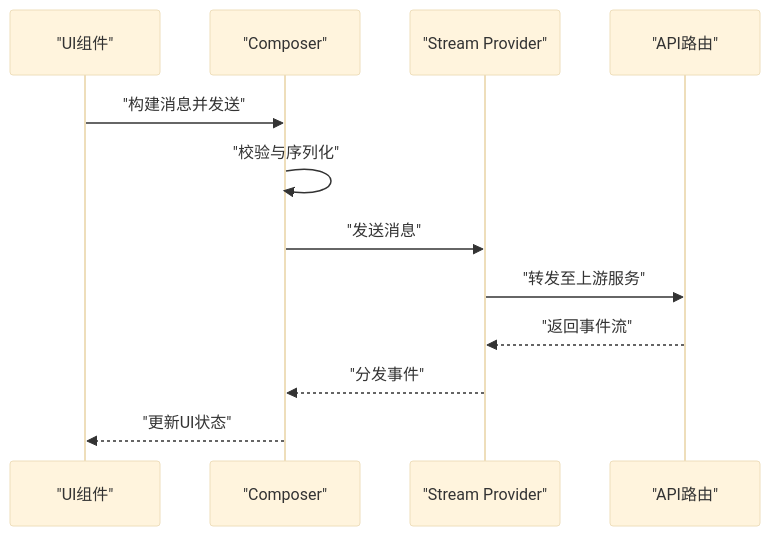
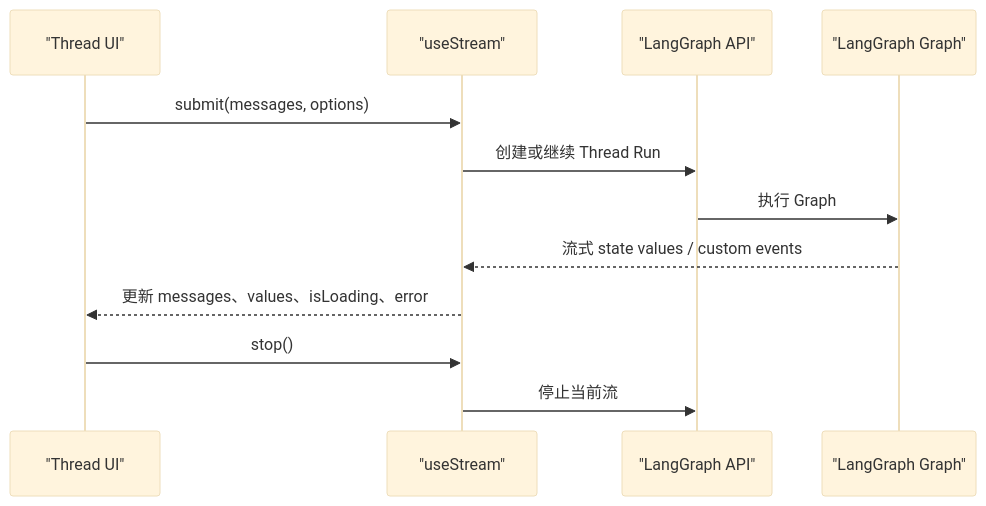
One commit to ttttstc/COS changed the diagram in .qoder/repowiki/zh/content/API参考/WebSocket实时通信.md. Above: the diagram before and after it, drawn with Mermaid (base theme). The commit also changed other lines of this file and 3 other files, not shown here.

````diff
--- a/.qoder/repowiki/zh/content/API参考/WebSocket实时通信.md
+++ b/.qoder/repowiki/zh/content/API参考/WebSocket实时通信.md
@@ -225,14 +23,14 @@
 ```mermaid
 sequenceDiagram
-participant UI as "UI组件"
-participant Composer as "Composer"
-participant Stream as "Stream Provider"
-participant API as "API路由"
-UI->>Composer : "构建消息并发送"
-Composer->>Composer : "校验与序列化"
-Composer->>Stream : "发送消息"
-Stream->>API : "转发至上游服务"
-API-->>Stream : "返回事件流"
-Stream-->>Composer : "分发事件"
-Composer-->>UI : "更新UI状态"
+participant UI as "Thread UI"
+participant Stream as "useStream"
+participant API as "LangGraph API"
+participant Graph as "LangGraph Graph"
+UI->>Stream: submit(messages, options)
+Stream->>API: 创建或继续 Thread Run
+API->>Graph: 执行 Graph
+Graph-->>Stream: 流式 state values / custom events
+Stream-->>UI: 更新 messages、values、isLoading、error
+UI->>Stream: stop()
+Stream->>API: 停止当前流
 ```
````
